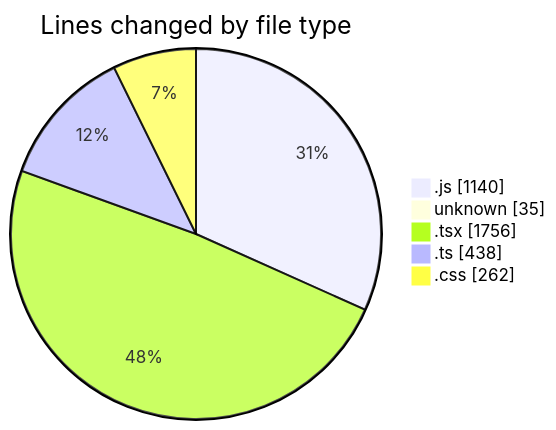
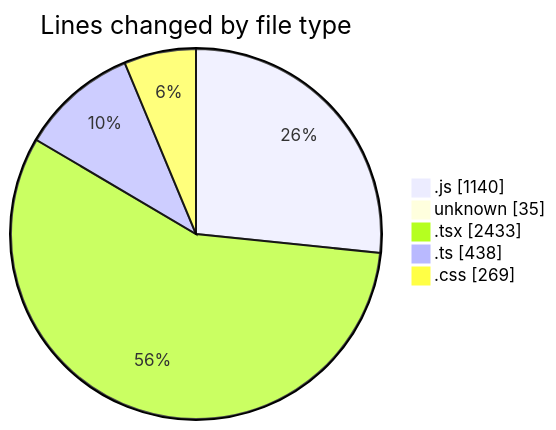
The first of 2 diagrams in 2025-08-06/napxuvn/README.md (lephambinh05/code-tracking), drawn with Mermaid before and after one commit. The commit also changed other lines of this file and 1 other file, not shown here.

````diff
--- a/2025-08-06/napxuvn/README.md
+++ b/2025-08-06/napxuvn/README.md
@@ -61,9 +69,9 @@
 ```mermaid
 pie showData
 title Lines changed by file type
 ".js" : 1140
 "unknown" : 35
-".tsx" : 1756
+".tsx" : 2433
 ".ts" : 438
-".css" : 262
+".css" : 269
 ```
````
